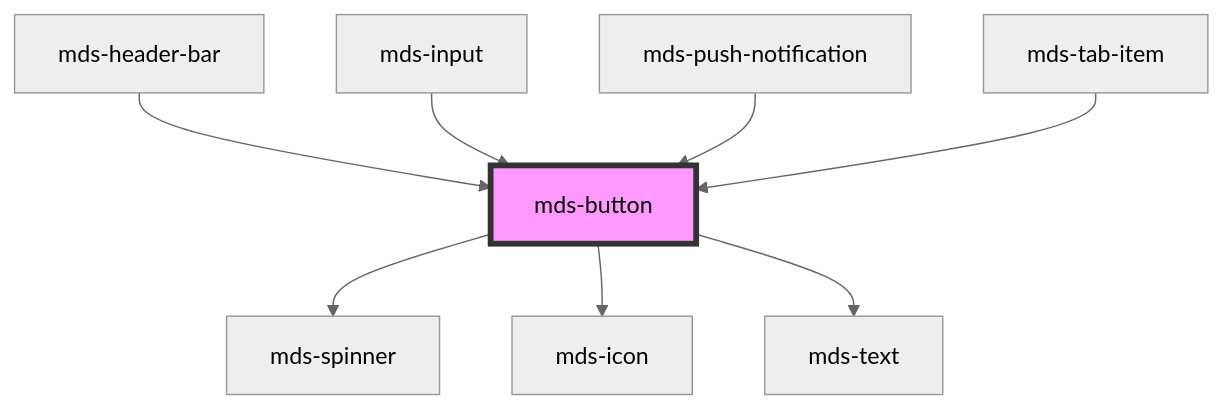
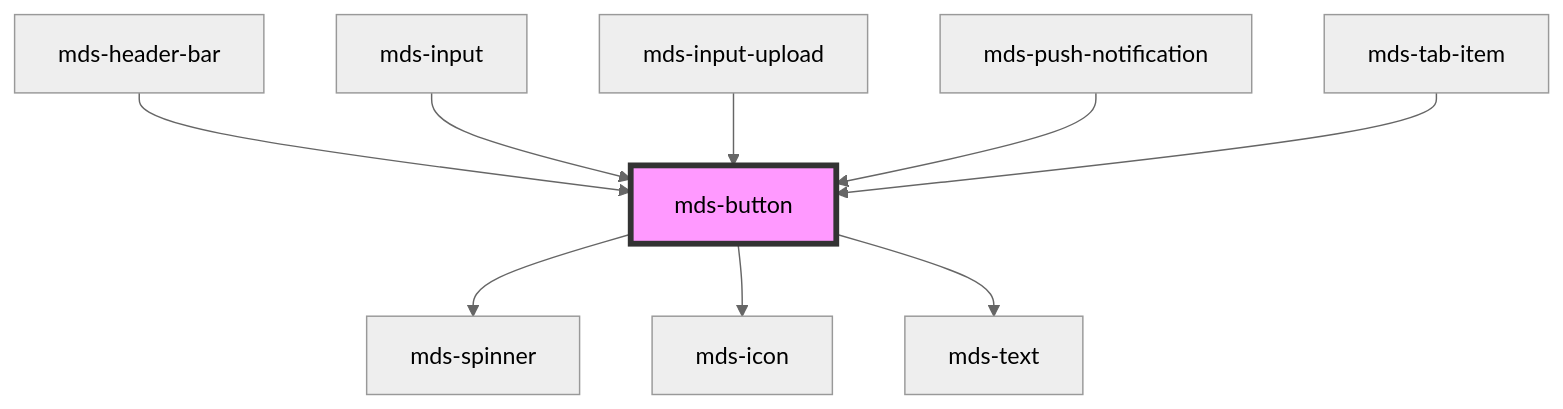
Before and after one commit to magma-design-system/magma: the diagram in projects/stencil/src/components/mds-button/readme.md, drawn with Mermaid (neutral theme). The commit also changed other lines of this file and 5 other files, not shown here.

````diff
--- a/projects/stencil/src/components/mds-button/readme.md
+++ b/projects/stencil/src/components/mds-button/readme.md
@@ -72,11 +73,12 @@
 ```mermaid
 graph TD;
   mds-button --> mds-spinner
   mds-button --> mds-icon
   mds-button --> mds-text
   mds-header-bar --> mds-button
   mds-input --> mds-button
+  mds-input-upload --> mds-button
   mds-push-notification --> mds-button
   mds-tab-item --> mds-button
   style mds-button fill:#f9f,stroke:#333,stroke-width:4px
 ```
````
